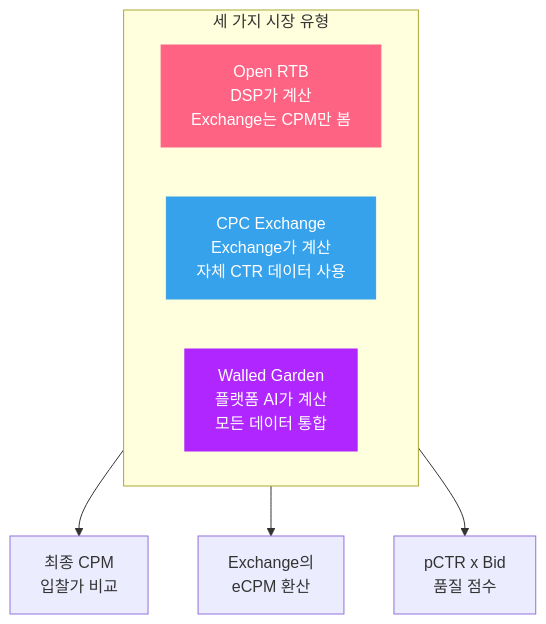
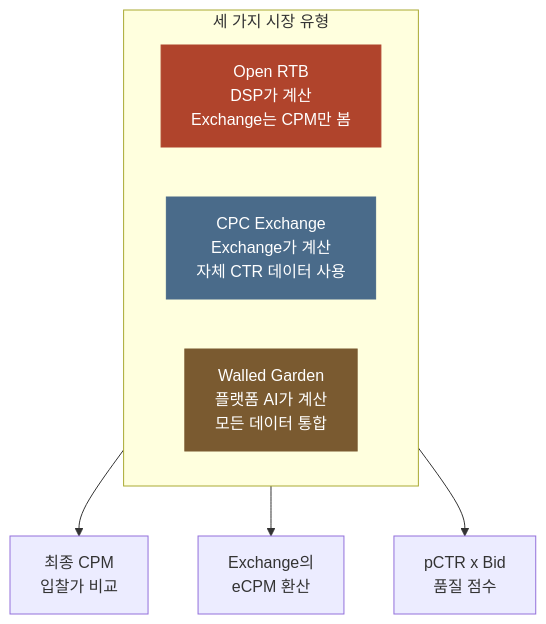
One commit to chkimsu/adtech-blog changed the second of 4 diagrams in posts/ecpm-ranking.md. Above: the diagram before and after it, drawn with Mermaid. The commit also changed other lines of this file and 40 other files, not shown here.

````diff
--- a/posts/ecpm-ranking.md
+++ b/posts/ecpm-ranking.md
@@ -147,17 +147,17 @@
 ```mermaid
 graph TB
     subgraph Markets["세 가지 시장 유형"]
         direction LR
         RTB["Open RTB<br/>DSP가 계산<br/>Exchange는 CPM만 봄"]
         CPCE["CPC Exchange<br/>Exchange가 계산<br/>자체 CTR 데이터 사용"]
         WG["Walled Garden<br/>플랫폼 AI가 계산<br/>모든 데이터 통합"]
     end
 
     RTB --> R1["최종 CPM<br/>입찰가 비교"]
     CPCE --> R2["Exchange의<br/>eCPM 환산"]
     WG --> R3["pCTR x Bid<br/>품질 점수"]
 
-    style RTB fill:#ff6384,stroke:#ff6384,color:#fff
-    style CPCE fill:#36a2eb,stroke:#36a2eb,color:#fff
-    style WG fill:#b026ff,stroke:#b026ff,color:#fff
+    style RTB fill:#b0442c,stroke:#b0442c,color:#fff
+    style CPCE fill:#4a6b8a,stroke:#4a6b8a,color:#fff
+    style WG fill:#7a5a30,stroke:#7a5a30,color:#fff
 ```
````
